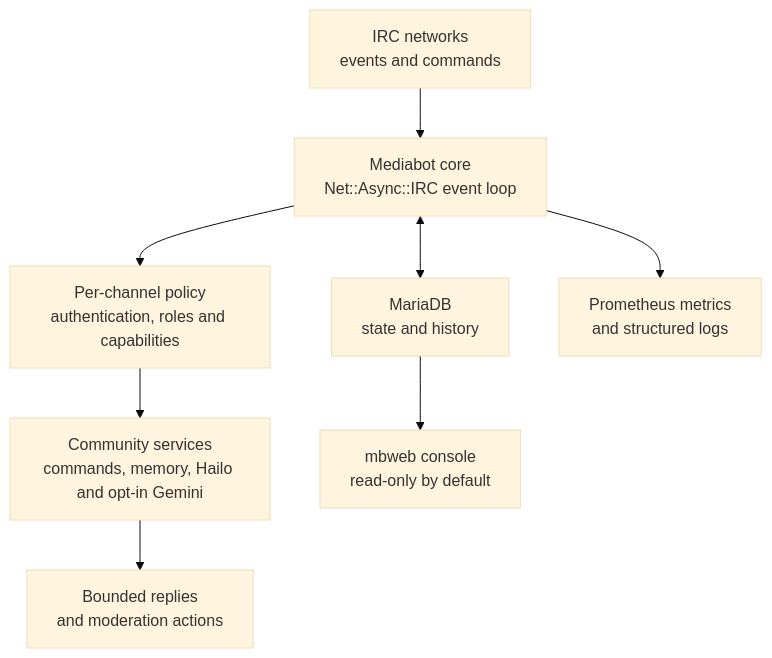
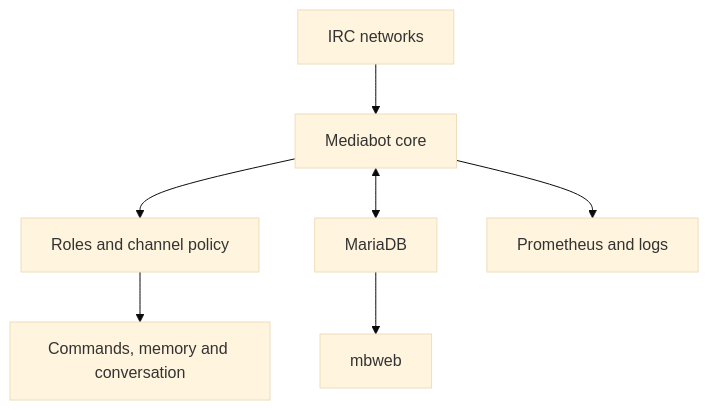
One commit to teuk/mediabot_v3 changed the diagram in README.md. Above: the diagram before and after it, drawn with Mermaid (base theme). The commit also changed other lines of this file and 1 other file, not shown here.

````diff
--- a/README.md
+++ b/README.md
@@ -52,10 +45,9 @@
 ```mermaid
 flowchart TB
-    IRC["IRC networks<br/>events and commands"] --> Core["Mediabot core<br/>Net::Async::IRC event loop"]
-    Core --> Policy["Per-channel policy<br/>authentication, roles and capabilities"]
-    Policy --> Features["Community services<br/>commands, memory, Hailo and opt-in Gemini"]
-    Features --> Reply["Bounded replies<br/>and moderation actions"]
-    Core <--> DB["MariaDB<br/>state and history"]
-    DB --> Web["mbweb console<br/>read-only by default"]
-    Core --> Metrics["Prometheus metrics<br/>and structured logs"]
+    IRC["IRC networks"] --> Core["Mediabot core"]
+    Core --> Policy["Roles and channel policy"]
+    Policy --> Features["Commands, memory and conversation"]
+    Core <--> DB["MariaDB"]
+    DB --> Web["mbweb"]
+    Core --> Metrics["Prometheus and logs"]
 ```
````
